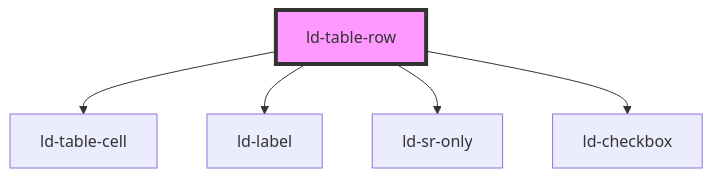
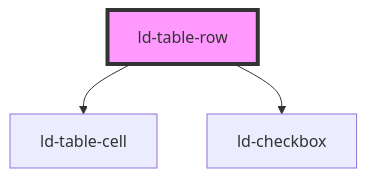
The diagram in src/liquid/components/ld-table/ld-table-row/readme.md (emdgroup-liquid/liquid), drawn with Mermaid before and after one commit. The commit also changed other lines of this file and 27 other files, not shown here.

````diff
--- a/src/liquid/components/ld-table/ld-table-row/readme.md
+++ b/src/liquid/components/ld-table/ld-table-row/readme.md
@@ -66,8 +64,6 @@
 ```mermaid
 graph TD;
   ld-table-row --> ld-table-cell
-  ld-table-row --> ld-label
-  ld-table-row --> ld-sr-only
   ld-table-row --> ld-checkbox
   style ld-table-row fill:#f9f,stroke:#333,stroke-width:4px
 ```
````
